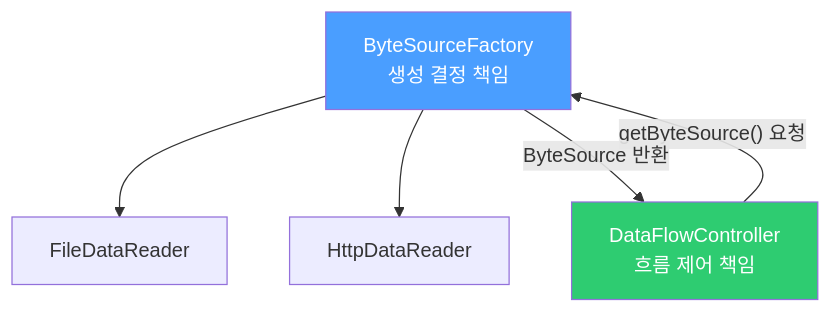
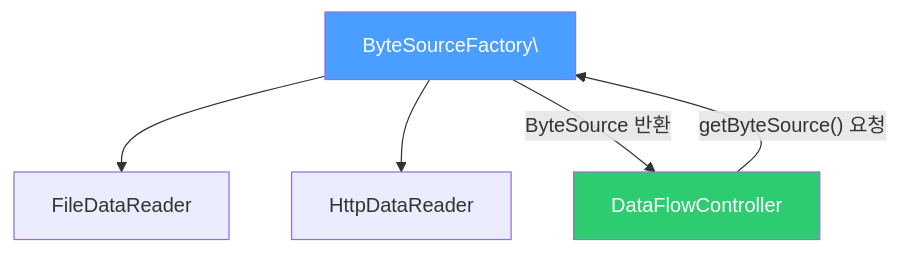
One commit to yjkim2015/yjkim2015.github.io changed the fourth of 6 diagrams in _posts/java/2021-11-14-java-objects2.md. Above: the diagram before and after it, drawn with Mermaid. The commit also changed other lines of this file and 271 other files, not shown here.

First line of the commit message:
Mermaid 라벨 축소: 긴 노드 텍스트 18자 이하로 트림 + \n 제거

````diff
--- a/_posts/java/2021-11-14-java-objects2.md
+++ b/_posts/java/2021-11-14-java-objects2.md
@@ -153,9 +153,9 @@
 ```mermaid
 graph TD
-    A["ByteSourceFactory\n생성 결정 책임"] --> B["FileDataReader"]
+    A["ByteSourceFactory\"] --> B["FileDataReader"]
     A --> C["HttpDataReader"]
-    D["DataFlowController\n흐름 제어 책임"] -->|"getByteSource() 요청"| A
+    D["DataFlowController"] -->|"getByteSource() 요청"| A
     A -->|"ByteSource 반환"| D
     style A fill:#4a9eff,color:#fff
     style D fill:#2ecc71,color:#fff
 ```
````
